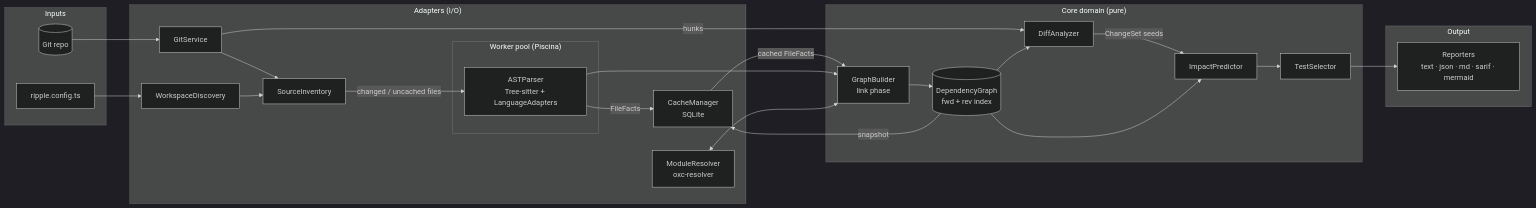
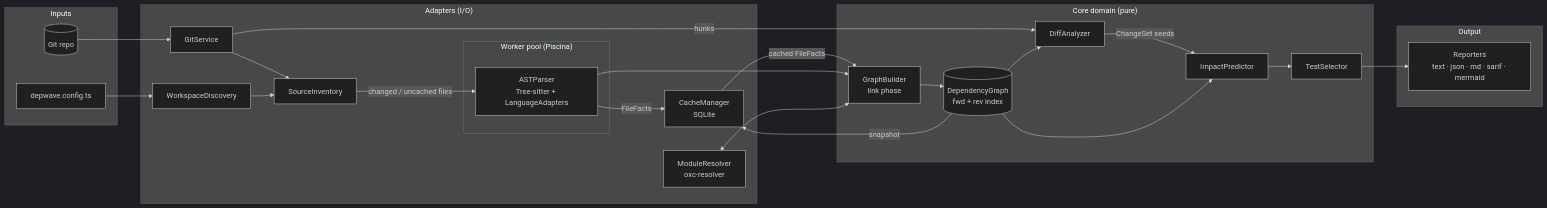
One commit to zoharyehia-sys/depwave changed the first of 3 diagrams in ARCHITECTURE.md. Above: the diagram before and after it, drawn with Mermaid (dark theme). The commit also changed other lines of this file and 52 other files, not shown here.

````diff
--- a/ARCHITECTURE.md
+++ b/ARCHITECTURE.md
@@ -59,45 +59,45 @@
 ```mermaid
 flowchart LR
   subgraph Inputs
     GIT[(Git repo)]
-    CFG[ripple.config.ts]
+    CFG[depwave.config.ts]
   end
 
   subgraph Adapters["Adapters (I/O)"]
     GS[GitService]
     WD[WorkspaceDiscovery]
     INV[SourceInventory]
     CM[CacheManager<br/>SQLite]
     RES[ModuleResolver<br/>oxc-resolver]
     subgraph Pool["Worker pool (Piscina)"]
       AP[ASTParser<br/>Tree-sitter + LanguageAdapters]
     end
   end
 
   subgraph Core["Core domain (pure)"]
     GB[GraphBuilder<br/>link phase]
     DG[(DependencyGraph<br/>fwd + rev index)]
     DA[DiffAnalyzer]
     IP[ImpactPredictor]
     TS[TestSelector]
   end
 
   subgraph Output
     REP[Reporters<br/>text · json · md · sarif · mermaid]
   end
 
   GIT --> GS --> INV
   CFG --> WD --> INV
   INV -->|changed / uncached files| AP
   AP -->|FileFacts| CM
   CM -->|cached FileFacts| GB
   AP --> GB
   RES <--> GB
   GB --> DG
   GS -->|hunks| DA
   DG --> DA
   DA -->|ChangeSet seeds| IP
   DG --> IP
   IP --> TS --> REP
   DG -->|snapshot| CM
 ```
````
